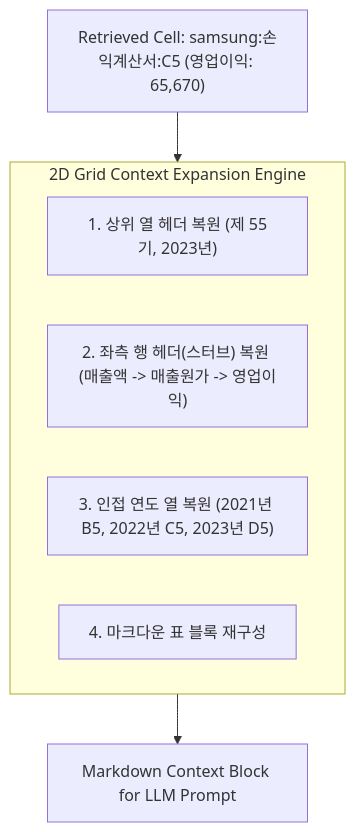
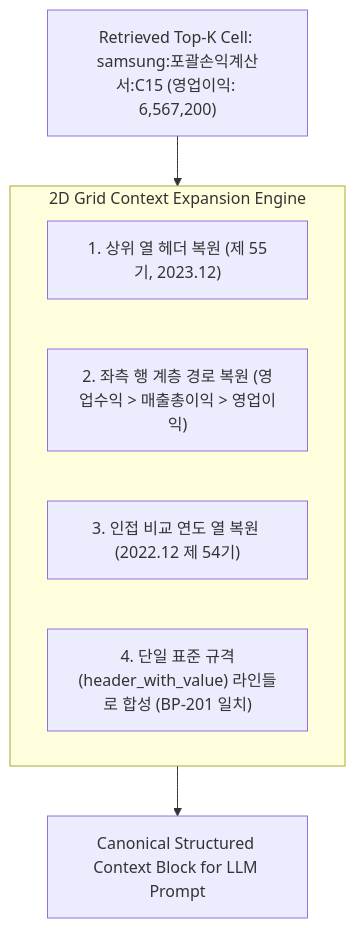
The second of 2 diagrams in docs/03_pipeline_module_blueprints/BP-303_hybrid_retrieval_and_fusion.md (bist-mini-final/bist-mini-final), drawn with Mermaid before and after one commit. The commit also changed other lines of this file, not shown here.

Commit message:
docs: synchronize BP-303 Section 3 with BP-201 canonical header_with_value context expansion format

````diff
--- a/docs/03_pipeline_module_blueprints/BP-303_hybrid_retrieval_and_fusion.md
+++ b/docs/03_pipeline_module_blueprints/BP-303_hybrid_retrieval_and_fusion.md
@@ -53,14 +53,14 @@
 ```mermaid
 graph TD
-    TARGET["Retrieved Cell: samsung:손익계산서:C5 (영업이익: 65,670)"]
+    TARGET["Retrieved Top-K Cell: samsung:포괄손익계산서:C15 (영업이익: 6,567,200)"]
     
     subgraph ContextExpansion ["2D Grid Context Expansion Engine"]
-        HDR["1. 상위 열 헤더 복원 (제 55기, 2023년)"]
-        STUB["2. 좌측 행 헤더(스터브) 복원 (매출액 -> 매출원가 -> 영업이익)"]
-        NEIGHBOR["3. 인접 연도 열 복원 (2021년 B5, 2022년 C5, 2023년 D5)"]
-        MD["4. 마크다운 표 블록 재구성"]
+        HDR["1. 상위 열 헤더 복원 (제 55기, 2023.12)"]
+        STUB["2. 좌측 행 계층 경로 복원 (영업수익 > 매출총이익 > 영업이익)"]
+        NEIGHBOR["3. 인접 비교 연도 열 복원 (2022.12 제 54기)"]
+        CANONICAL["4. 단일 표준 규격(header_with_value) 라인들로 합성 (BP-201 일치)"]
     end
 
     TARGET --> ContextExpansion
-    ContextExpansion --> RESULT["Markdown Context Block for LLM Prompt"]
+    ContextExpansion --> RESULT["Canonical Structured Context Block for LLM Prompt"]
 ```
````
